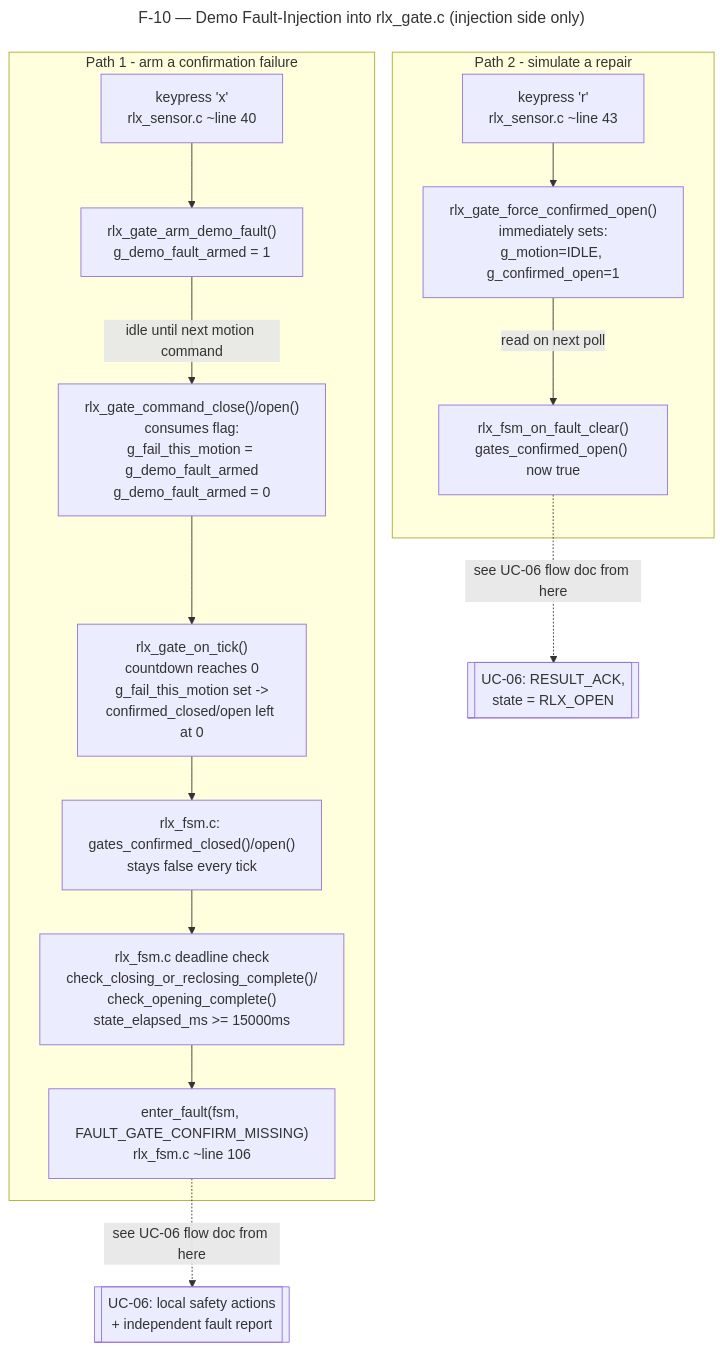
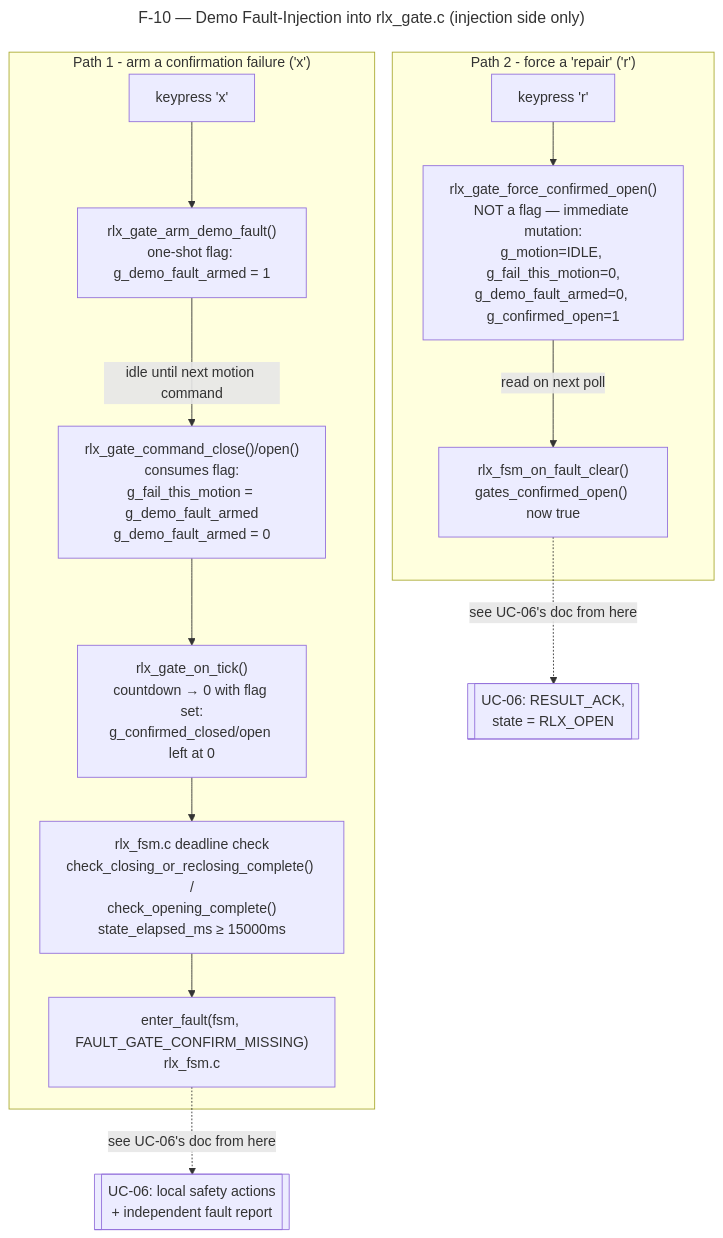
Before and after one commit to lucietran03/traffic-control-system: the diagram in docs/flow-diagrams/F-10-railway-gate-fault-injection.md, drawn with Mermaid. The commit also changed other lines of this file and 22 other files, not shown here.

First line of the commit message:
Restyle flow-diagram docs: diagram-first, minimal prose

````diff
--- a/docs/flow-diagrams/F-10-railway-gate-fault-injection.md
+++ b/docs/flow-diagrams/F-10-railway-gate-fault-injection.md
@@ -153,22 +7,21 @@
 ```mermaid
 ---
 title: F-10 — Demo Fault-Injection into rlx_gate.c (injection side only)
 ---
 flowchart TD
-    subgraph Path1["Path 1 - arm a confirmation failure"]
-        X["keypress 'x'\nrlx_sensor.c ~line 40"] --> ARM["rlx_gate_arm_demo_fault()\ng_demo_fault_armed = 1"]
-        ARM -->|"idle until next motion command"| CMD["rlx_gate_command_close()/open()\nconsumes flag:\ng_fail_this_motion = g_demo_fault_armed\ng_demo_fault_armed = 0"]
-        CMD --> TICK["rlx_gate_on_tick()\ncountdown reaches 0\ng_fail_this_motion set ->\nconfirmed_closed/open left at 0"]
-        TICK --> POLL["rlx_fsm.c: gates_confirmed_closed()/open()\nstays false every tick"]
-        POLL --> DEADLINE["rlx_fsm.c deadline check\ncheck_closing_or_reclosing_complete()/\ncheck_opening_complete()\nstate_elapsed_ms >= 15000ms"]
-        DEADLINE --> EF["enter_fault(fsm, FAULT_GATE_CONFIRM_MISSING)\nrlx_fsm.c ~line 106"]
+    subgraph Path1["Path 1 - arm a confirmation failure ('x')"]
+        X["keypress 'x'"] --> ARM["rlx_gate_arm_demo_fault()<br/>one-shot flag: g_demo_fault_armed = 1"]
+        ARM -->|"idle until next motion command"| CMD["rlx_gate_command_close()/open()<br/>consumes flag:<br/>g_fail_this_motion = g_demo_fault_armed<br/>g_demo_fault_armed = 0"]
+        CMD --> TICK["rlx_gate_on_tick()<br/>countdown → 0 with flag set:<br/>g_confirmed_closed/open left at 0"]
+        TICK --> DEADLINE["rlx_fsm.c deadline check<br/>check_closing_or_reclosing_complete() /<br/>check_opening_complete()<br/>state_elapsed_ms ≥ 15000ms"]
+        DEADLINE --> EF["enter_fault(fsm, FAULT_GATE_CONFIRM_MISSING)<br/>rlx_fsm.c"]
     end
 
-    subgraph Path2["Path 2 - simulate a repair"]
-        R["keypress 'r'\nrlx_sensor.c ~line 43"] --> FORCE["rlx_gate_force_confirmed_open()\nimmediately sets:\ng_motion=IDLE, g_confirmed_open=1"]
-        FORCE -->|"read on next poll"| FC["rlx_fsm_on_fault_clear()\ngates_confirmed_open() now true"]
+    subgraph Path2["Path 2 - force a 'repair' ('r')"]
+        R["keypress 'r'"] --> FORCE["rlx_gate_force_confirmed_open()<br/>NOT a flag — immediate mutation:<br/>g_motion=IDLE, g_fail_this_motion=0,<br/>g_demo_fault_armed=0, g_confirmed_open=1"]
+        FORCE -->|"read on next poll"| FC["rlx_fsm_on_fault_clear()<br/>gates_confirmed_open() now true"]
     end
 
-    EF -.->|"see UC-06 flow doc from here"| UC6A[["UC-06: local safety actions\n+ independent fault report"]]
-    FC -.->|"see UC-06 flow doc from here"| UC6B[["UC-06: RESULT_ACK,\nstate = RLX_OPEN"]]
+    EF -.->|"see UC-06's doc from here"| UC6A[["UC-06: local safety actions<br/>+ independent fault report"]]
+    FC -.->|"see UC-06's doc from here"| UC6B[["UC-06: RESULT_ACK,<br/>state = RLX_OPEN"]]
 ```
````
